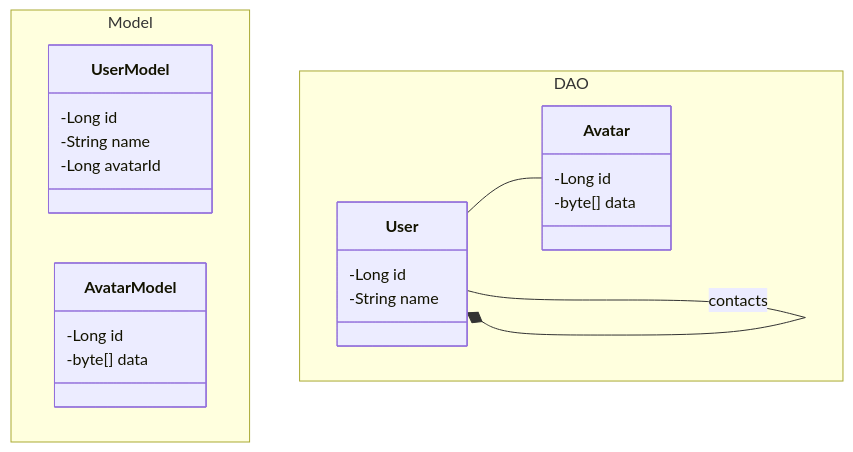
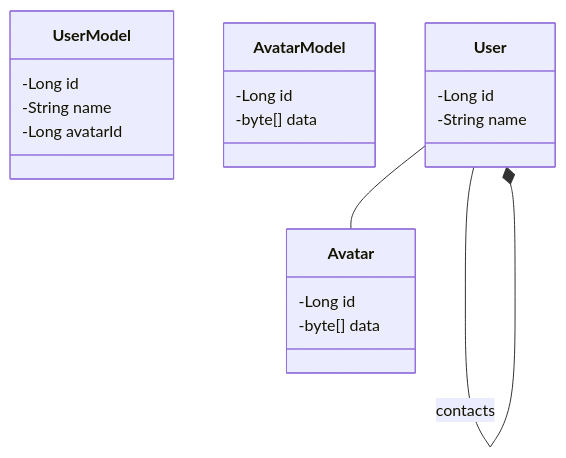
Before and after one commit to gr3gdev/hateoas: the diagram in README.md, drawn with Mermaid.

````diff
--- a/README.md
+++ b/README.md
@@ -5,30 +5,26 @@
 ```mermaid
 classDiagram
-    namespace Model {
-        class UserModel {
-            -Long id
-            -String name
-            -Long avatarId
-        }
-
-        class AvatarModel {
-            -Long id
-            -byte[] data
-        }
+    class UserModel {
+        -Long id
+        -String name
+        -Long avatarId
     }
 
-    namespace DAO {
-        class User {
-            -Long id
-            -String name
-        }
+    class AvatarModel {
+        -Long id
+        -byte[] data
+    }
 
-        class Avatar {
-            -Long id
-            -byte[] data
-        }
+    class User {
+        -Long id
+        -String name
+    }
+
+    class Avatar {
+        -Long id
+        -byte[] data
     }
 
     User -- Avatar
     User --* User : contacts
 ```
````
